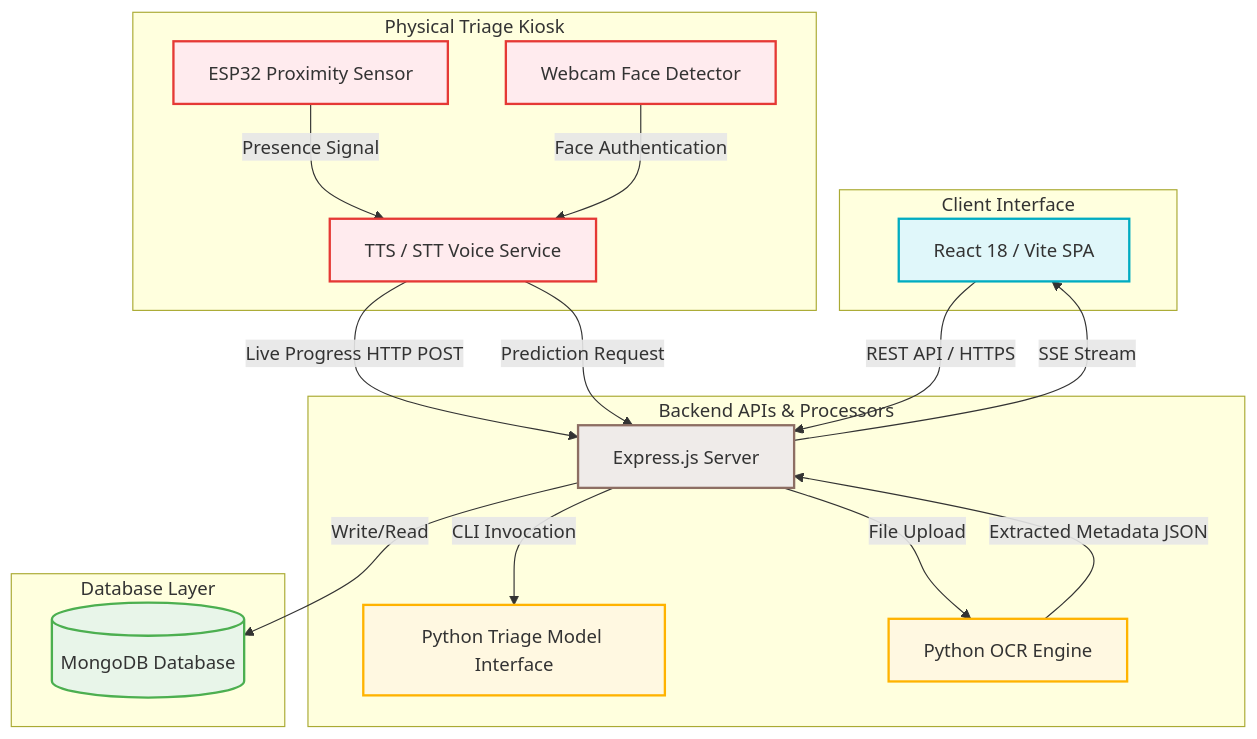
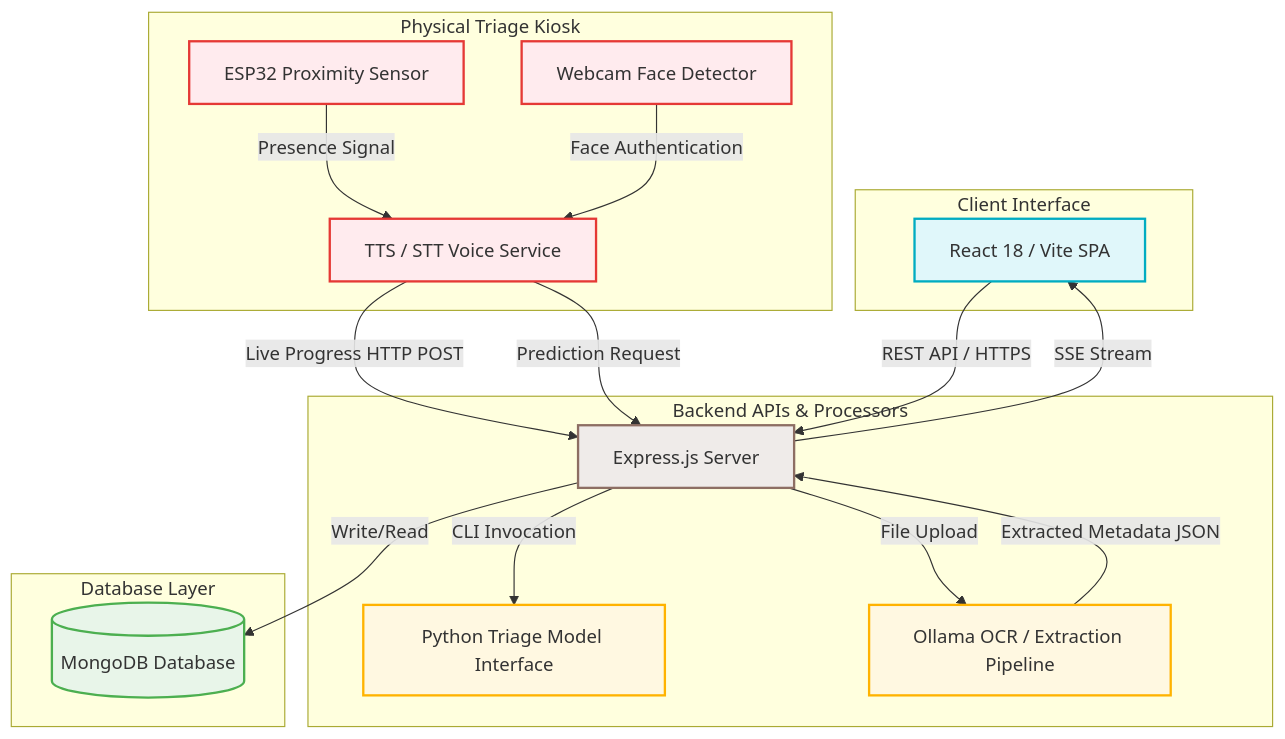
Before and after one commit to Eya-Kouki2/Medi_Smart: the diagram in README.md, drawn with Mermaid. The commit also changed other lines of this file and 3 other files, not shown here.

````diff
--- a/README.md
+++ b/README.md
@@ -121,45 +121,45 @@
 ```mermaid
 graph TD
     %% Define styles
     classDef client fill:#e0f7fa,stroke:#00acc1,stroke-width:2px;
     classDef server fill:#efebe9,stroke:#8d6e63,stroke-width:2px;
     classDef db fill:#e8f5e9,stroke:#4caf50,stroke-width:2px;
     classDef py fill:#fff8e1,stroke:#ffb300,stroke-width:2px;
     classDef hw fill:#ffebee,stroke:#e53935,stroke-width:2px;
 
     subgraph Client Layer ["Client Interface"]
         React[React 18 / Vite SPA]:::client
     end
 
     subgraph Backend Services ["Backend APIs & Processors"]
         Express[Express.js Server]:::server
         MLPredict[Python Triage Model Interface]:::py
-        EasyOCR[Python OCR Engine]:::py
+      PharmacyOCR[Ollama OCR / Extraction Pipeline]:::py
     end
 
     subgraph Hardware Layer ["Physical Triage Kiosk"]
         ESP32[ESP32 Proximity Sensor]:::hw
         Webcam[Webcam Face Detector]:::hw
         SpeechSys[TTS / STT Voice Service]:::hw
     end
 
     subgraph Storage ["Database Layer"]
         MongoDB[(MongoDB Database)]:::db
     end
 
     %% Interactions
     React -- REST API / HTTPS --> Express
     Express -- SSE Stream --> React
     Express -- Write/Read --> MongoDB
 
     %% Kiosk Interactions
     ESP32 -- Presence Signal --> SpeechSys
     Webcam -- Face Authentication --> SpeechSys
     SpeechSys -- Live Progress HTTP POST --> Express
     SpeechSys -- Prediction Request --> Express
     
     %% AI Pipeline
     Express -- CLI Invocation --> MLPredict
-    Express -- File Upload --> EasyOCR
-    EasyOCR -- Extracted Metadata JSON --> Express
+    Express -- File Upload --> PharmacyOCR
+    PharmacyOCR -- Extracted Metadata JSON --> Express
 ```
````
